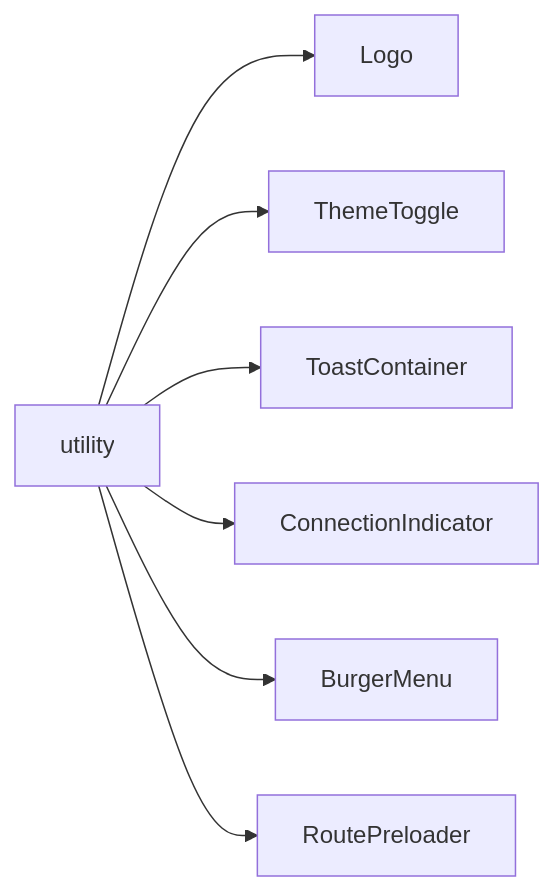
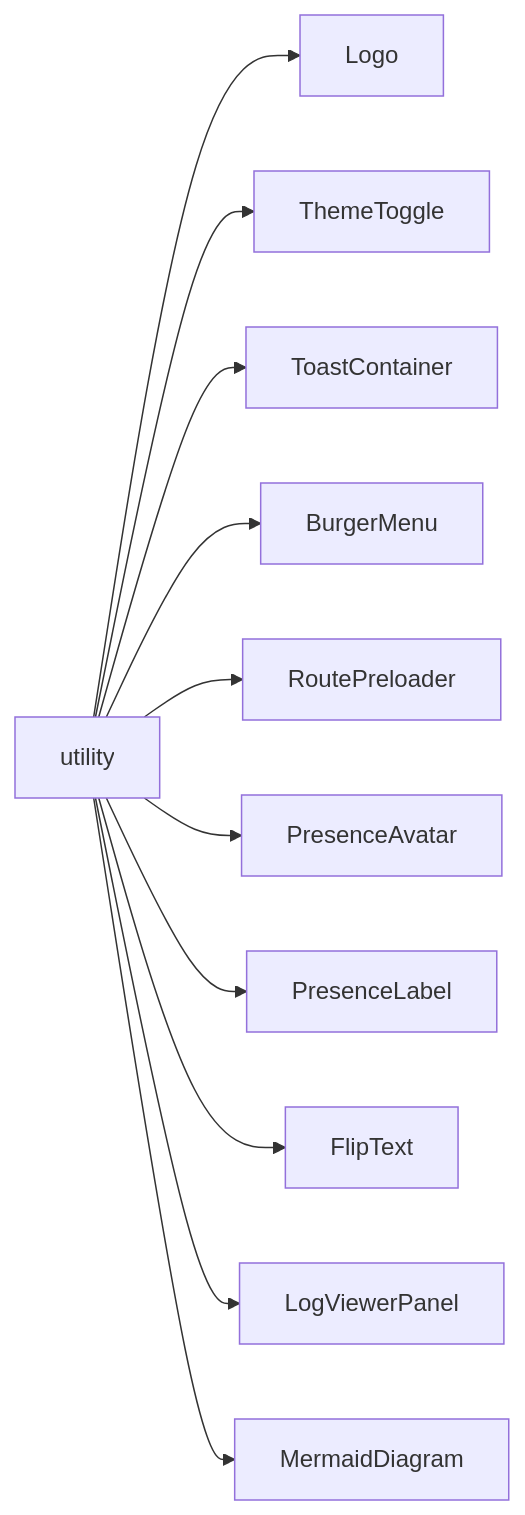
The eighth of 9 diagrams in Documentation/Frontend/Components/index.md (neofuture/chatr), drawn with Mermaid before and after one commit. The commit also changed other lines of this file and 158 other files, not shown here.

````diff
--- a/Documentation/Frontend/Components/index.md
+++ b/Documentation/Frontend/Components/index.md
@@ -68,9 +74,13 @@
 ```mermaid
 graph LR
     utility --> Logo
     utility --> ThemeToggle
     utility --> ToastContainer
-    utility --> ConnectionIndicator
     utility --> BurgerMenu
     utility --> RoutePreloader
+    utility --> PresenceAvatar
+    utility --> PresenceLabel
+    utility --> FlipText
+    utility --> LogViewerPanel
+    utility --> MermaidDiagram
 ```
````
